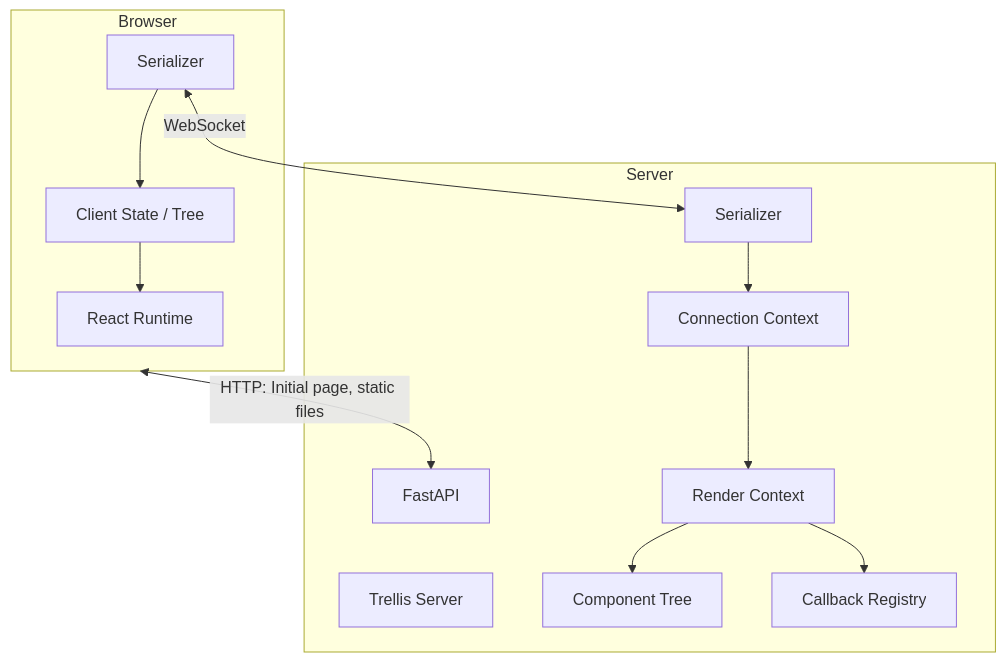
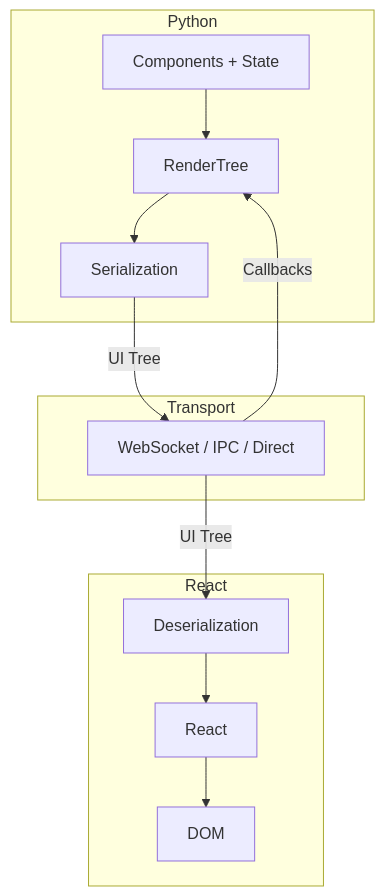
The first of 2 diagrams in docs/docs/design/overview.md (emmapowers/trellis), drawn with Mermaid before and after one commit. The commit also changed other lines of this file and 12 other files, not shown here.

````diff
--- a/docs/docs/design/overview.md
+++ b/docs/docs/design/overview.md
@@ -246,29 +239,26 @@
 ```mermaid
 graph TB
-    subgraph Browser
-        ReactRuntime[React Runtime]
-        ClientState[Client State / Tree]
-        Serializer1[Serializer]
+    subgraph Python
+        Components[Components + State]
+        RenderTree[RenderTree]
+        Serialize[Serialization]
     end
 
-    subgraph Server
-        Trellis[Trellis Server]
-        FastAPI[FastAPI]
-        ConnContext[Connection Context]
-        RenderContext[Render Context]
-        ComponentTree[Component Tree]
-        CallbackRegistry[Callback Registry]
-        Serializer2[Serializer]
+    subgraph Transport
+        Channel[WebSocket / IPC / Direct]
     end
 
-    Browser <-->|HTTP: Initial page, static files| FastAPI
-    Serializer1 <-->|WebSocket| Serializer2
-    
-    Serializer2 --> ConnContext
-    ConnContext --> RenderContext
-    RenderContext --> ComponentTree
-    RenderContext --> CallbackRegistry
-    
-    Serializer1 --> ClientState
-    ClientState --> ReactRuntime
+    subgraph React
+        Deserialize[Deserialization]
+        ReactLib[React]
+        DOM[DOM]
+    end
+
+    Components --> RenderTree
+    RenderTree --> Serialize
+    Serialize -->|UI Tree| Channel
+    Channel -->|Callbacks| RenderTree
+    Channel -->|UI Tree| Deserialize
+    Deserialize --> ReactLib
+    ReactLib --> DOM
 ```
````
